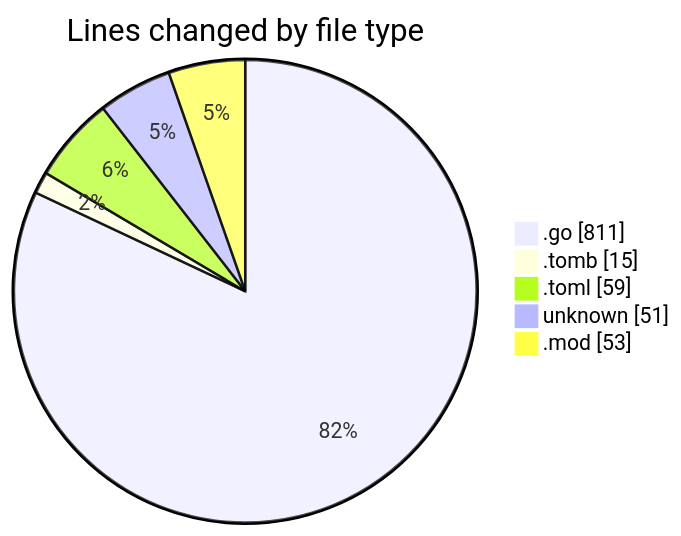
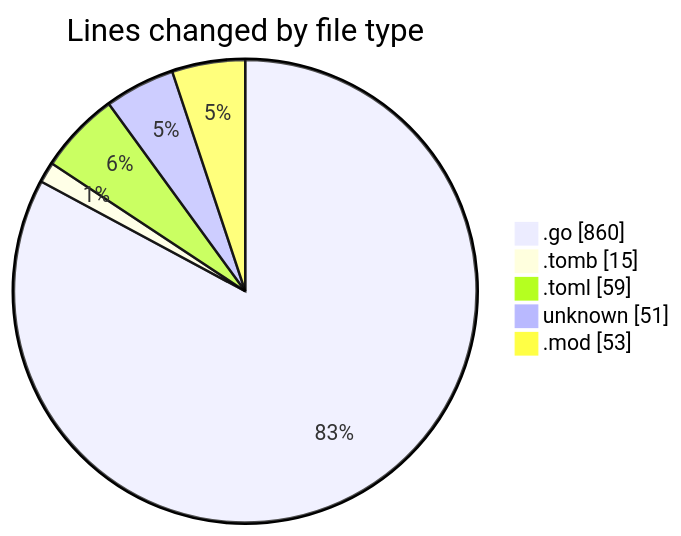
Before and after one commit to Ritupan-Deka/code-tracking: the first of 2 diagrams in 2025-10-31/backend/README.md, drawn with Mermaid. The commit also changed other lines of this file and 1 other file, not shown here.

````diff
--- a/2025-10-31/backend/README.md
+++ b/2025-10-31/backend/README.md
@@ -29,9 +29,9 @@
 ```mermaid
 pie showData
 title Lines changed by file type
-".go" : 811
+".go" : 860
 ".tomb" : 15
 ".toml" : 59
 "unknown" : 51
 ".mod" : 53
 ```
````
